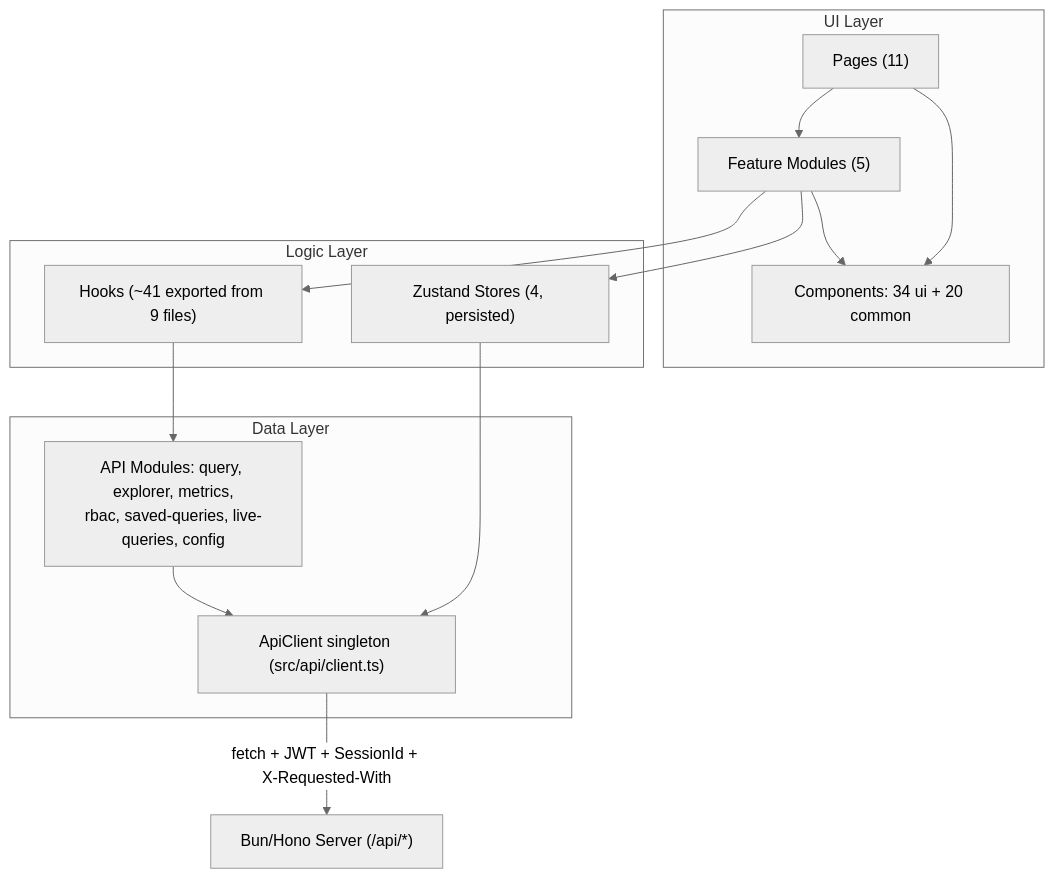
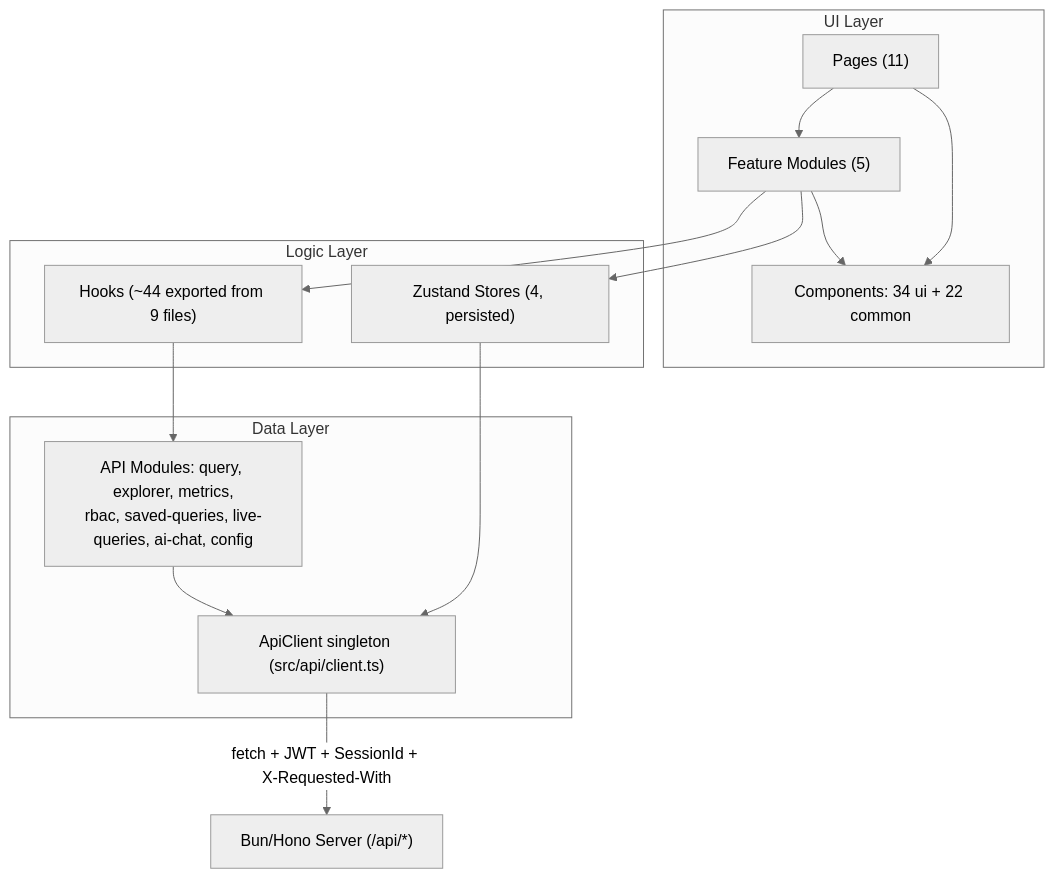
Before and after one commit to daun-gatal/chouse-ui: the second of 7 diagrams in ARCHITECTURE.md, drawn with Mermaid (neutral theme). The commit also changed other lines of this file and 1 other file, not shown here.

````diff
--- a/ARCHITECTURE.md
+++ b/ARCHITECTURE.md
@@ -52,28 +52,28 @@
 ```mermaid
 graph TD
     subgraph UI["UI Layer"]
         Pages["Pages (11)"]
         Features["Feature Modules (5)"]
-        Components["Components: 34 ui + 20 common"]
+        Components["Components: 34 ui + 22 common"]
     end
 
     subgraph Logic["Logic Layer"]
-        Hooks["Hooks (~41 exported from 9 files)"]
+        Hooks["Hooks (~44 exported from 9 files)"]
         Stores["Zustand Stores (4, persisted)"]
     end
 
     subgraph Data["Data Layer"]
-        ApiModules["API Modules: query, explorer, metrics,<br/>rbac, saved-queries, live-queries, config"]
+        ApiModules["API Modules: query, explorer, metrics,<br/>rbac, saved-queries, live-queries, ai-chat, config"]
         ApiClient["ApiClient singleton (src/api/client.ts)"]
     end
 
     Pages --> Features
     Pages --> Components
     Features --> Components
     Features --> Hooks
     Features --> Stores
     Hooks --> ApiModules
     Stores --> ApiClient
     ApiModules --> ApiClient
     ApiClient -->|"fetch + JWT + SessionId + X-Requested-With"| Server["Bun/Hono Server (/api/*)"]
 ```
````
